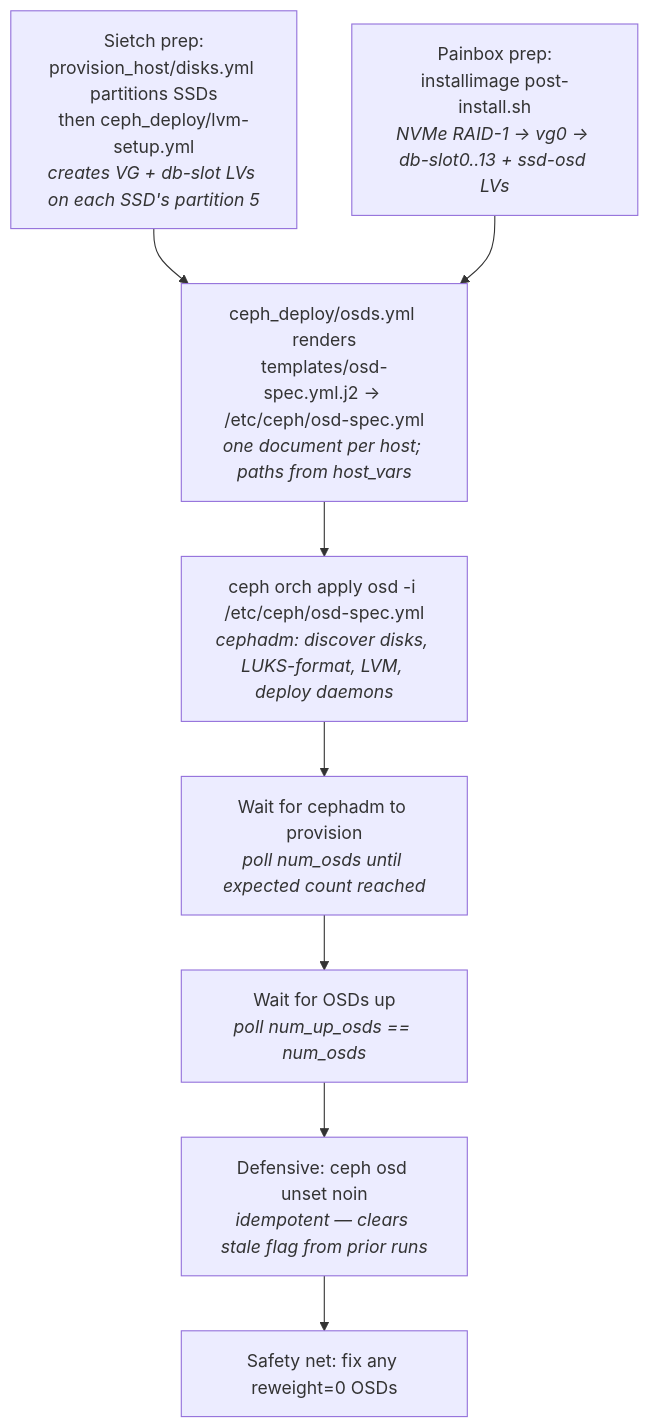
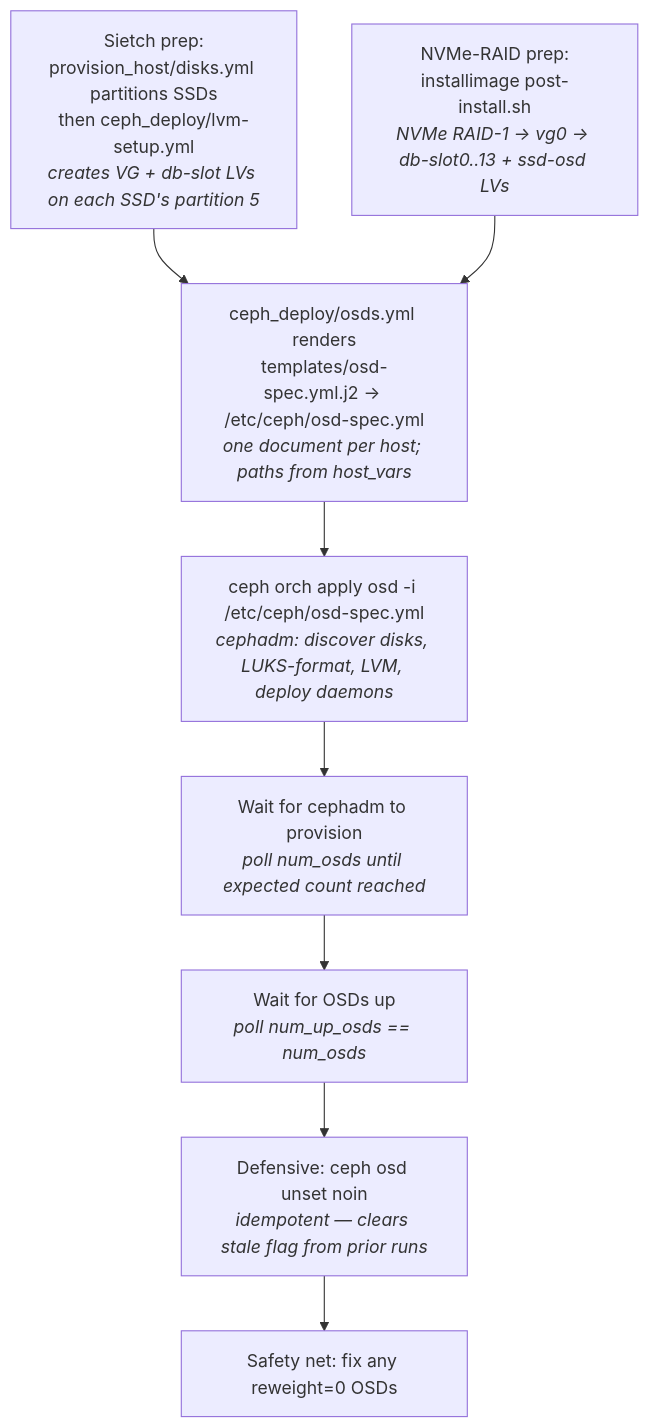
The tenth of 11 diagrams in ansible/ceph/docs/architecture.md (immich-app/yucca), drawn with Mermaid before and after one commit. The commit also changed other lines of this file and 15 other files, not shown here.

````diff
--- a/ansible/ceph/docs/architecture.md
+++ b/ansible/ceph/docs/architecture.md
@@ -639,15 +633,15 @@
 ```mermaid
 flowchart TB
     SIETCH["Sietch prep:<br/>provision_host/disks.yml partitions SSDs<br/>then ceph_deploy/lvm-setup.yml<br/><i>creates VG + db-slot LVs on each SSD's partition 5</i>"]
-    PAINBOX["Painbox prep:<br/>installimage post-install.sh<br/><i>NVMe RAID-1 → vg0 → db-slot0..13 + ssd-osd LVs</i>"]
+    NVMERAID["NVMe-RAID prep:<br/>installimage post-install.sh<br/><i>NVMe RAID-1 → vg0 → db-slot0..13 + ssd-osd LVs</i>"]
     SPEC["ceph_deploy/osds.yml renders<br/>templates/osd-spec.yml.j2 → /etc/ceph/osd-spec.yml<br/><i>one document per host; paths from host_vars</i>"]
     APPLY["ceph orch apply osd -i /etc/ceph/osd-spec.yml<br/><i>cephadm: discover disks, LUKS-format, LVM, deploy daemons</i>"]
     POLL["Wait for cephadm to provision<br/><i>poll num_osds until expected count reached</i>"]
     UP["Wait for OSDs up<br/><i>poll num_up_osds == num_osds</i>"]
     UNSET["Defensive: ceph osd unset noin<br/><i>idempotent — clears stale flag from prior runs</i>"]
     REWEIGHT["Safety net: fix any reweight=0 OSDs"]
 
     SIETCH --> SPEC
-    PAINBOX --> SPEC
+    NVMERAID --> SPEC
     SPEC --> APPLY --> POLL --> UP --> UNSET --> REWEIGHT
 ```
````
